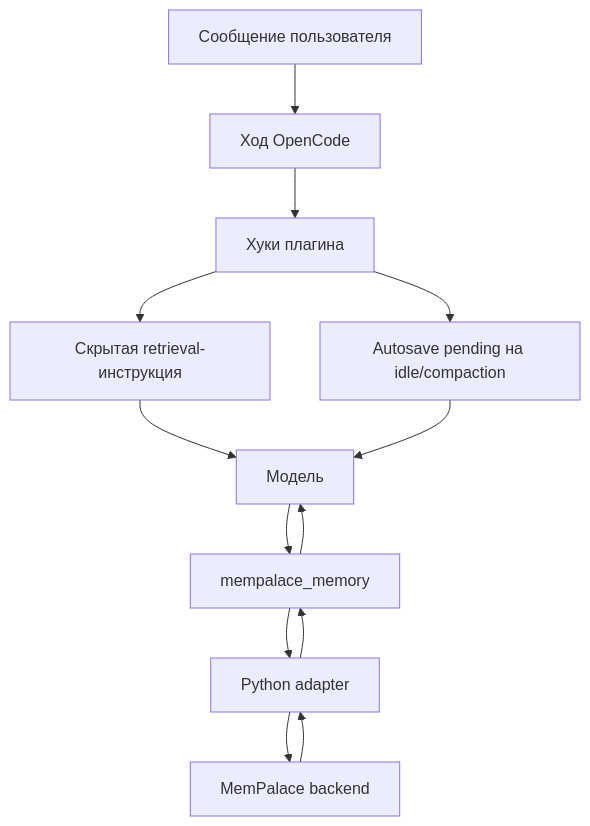
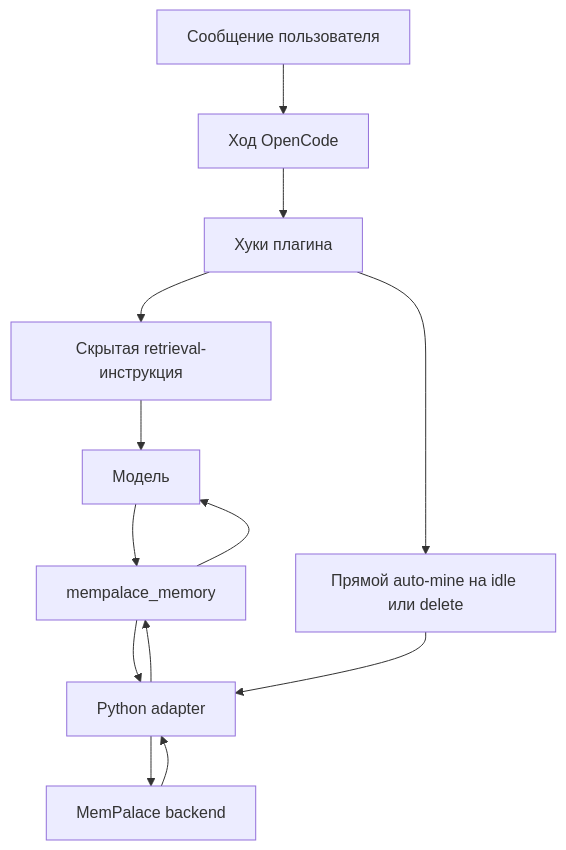
The diagram in README.ru.md (rvboris/opencode-mempalace), drawn with Mermaid before and after one commit. The commit also changed other lines of this file and 19 other files, not shown here.

````diff
--- a/README.ru.md
+++ b/README.ru.md
@@ -23,15 +23,15 @@
 ```mermaid
 flowchart TD
     U[Сообщение пользователя] --> OC[Ход OpenCode]
     OC --> EV[Хуки плагина]
     EV --> RET[Скрытая retrieval-инструкция]
-    EV --> AS[Autosave pending на idle/compaction]
+    EV --> MINE[Прямой auto-mine на idle или delete]
     RET --> LLM[Модель]
-    AS --> LLM
     LLM --> TOOL[mempalace_memory]
     TOOL --> ADAPTER[Python adapter]
+    MINE --> ADAPTER
     ADAPTER --> MP[MemPalace backend]
     MP --> ADAPTER
     ADAPTER --> TOOL
     TOOL --> LLM
 ```
````
